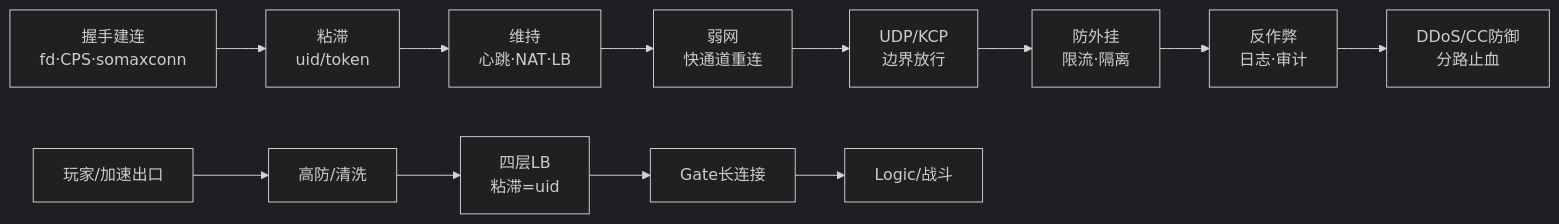
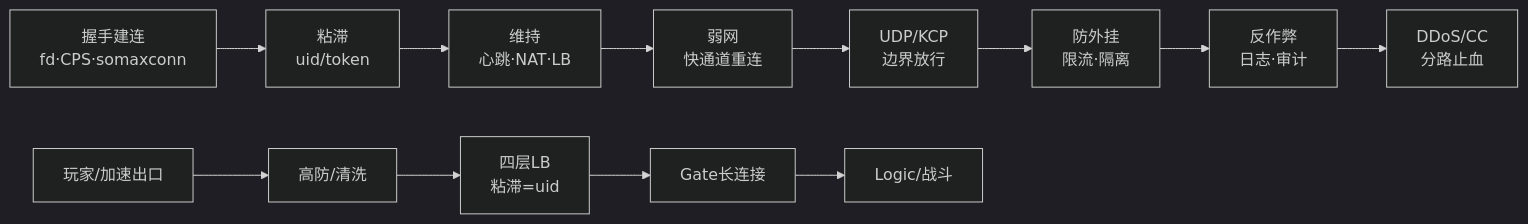
Before and after one commit to ml-cuizijun/LearnToLilith: the first of 11 diagrams in 07-游戏运维专题/12-游戏网络与对抗/知识点.md, drawn with Mermaid (dark theme). The commit also changed other lines of this file and 178 other files, not shown here.

````diff
--- a/07-游戏运维专题/12-游戏网络与对抗/知识点.md
+++ b/07-游戏运维专题/12-游戏网络与对抗/知识点.md
@@ -19,15 +15,15 @@
 ```mermaid
 flowchart LR
     HAND["握手建连<br/>fd·CPS·somaxconn"] --> STICK["粘滞<br/>uid/token"]
     STICK --> KEEP["维持<br/>心跳·NAT·LB"]
     KEEP --> WEAK["弱网<br/>快通道重连"]
     WEAK --> UDP["UDP/KCP<br/>边界放行"]
     UDP --> CHEAT["防外挂<br/>限流·隔离"]
     CHEAT --> AUDIT["反作弊<br/>日志·审计"]
-    AUDIT --> DEFENSE["DDoS/CC防御<br/>分路止血"]
+    AUDIT --> DEFENSE["DDoS/CC<br/>分路止血"]
 
     P["玩家/加速出口"] --> WAF["高防/清洗"]
     WAF --> LB["四层LB<br/>粘滞=uid"]
     LB --> GATE["Gate长连接"]
     GATE --> LOGIC["Logic/战斗"]
 ```
````
